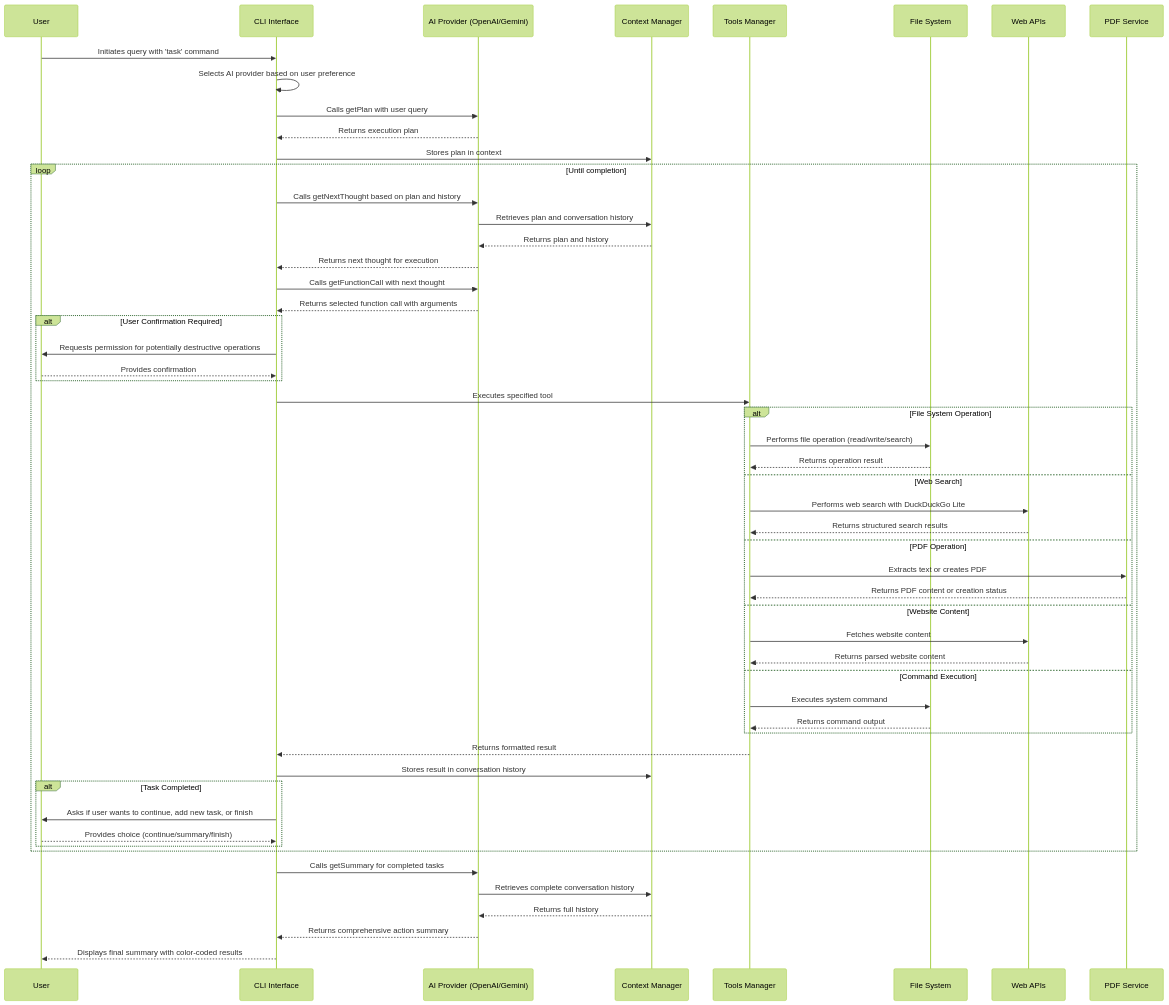
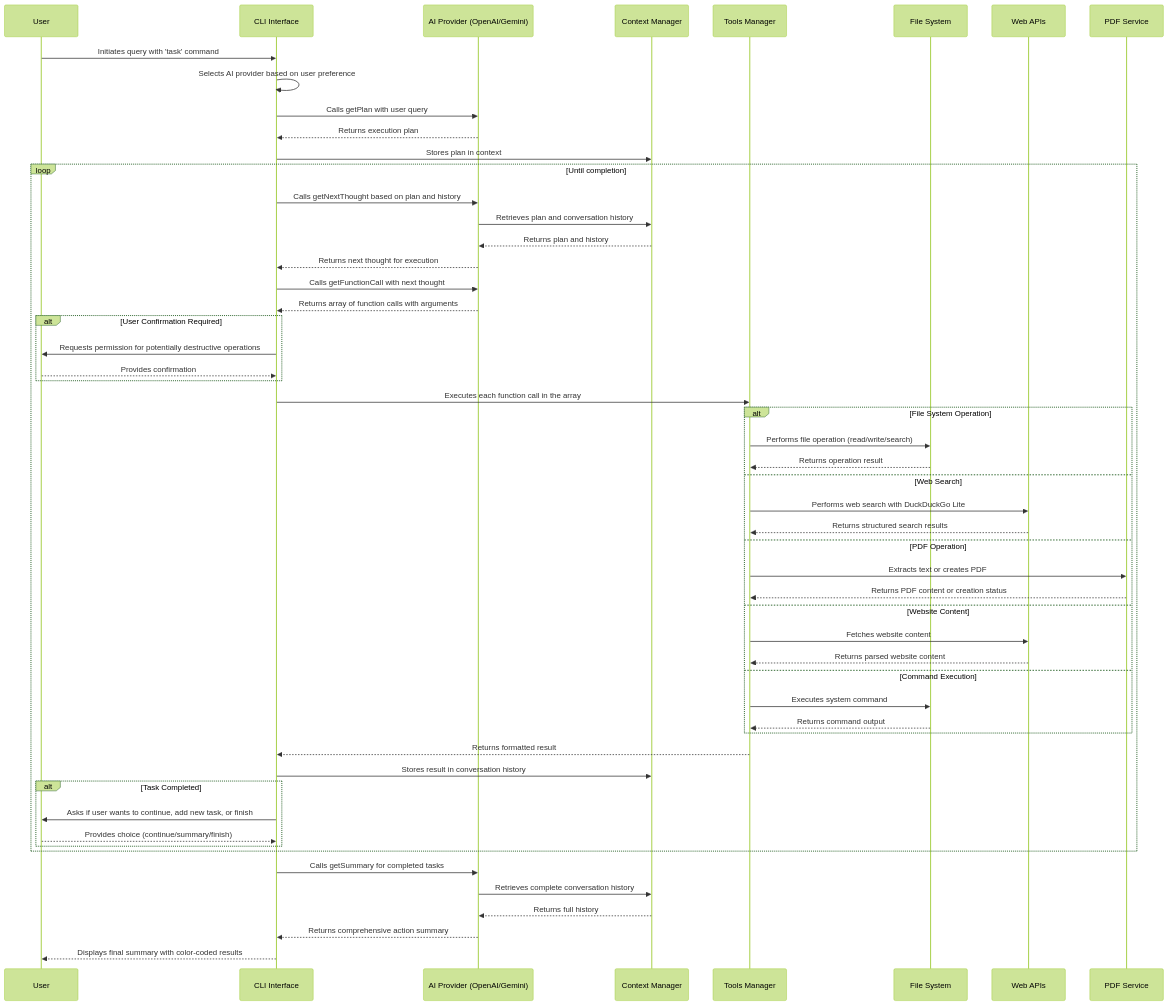
Before and after one commit to grinsteindavid/ai-agent-code-analyzer: the diagram in README.md, drawn with Mermaid (forest theme). The commit also changed other lines of this file, not shown here.

First line of the commit message:
Enhances AI Agent with parallel function call support

````diff
--- a/README.md
+++ b/README.md
@@ -205,65 +210,65 @@
 ```mermaid
 sequenceDiagram
     participant User
     participant CLI as CLI Interface
     participant Provider as AI Provider (OpenAI/Gemini)
     participant Context as Context Manager
     participant Tools as Tools Manager
     participant FileSystem as File System
     participant WebAPI as Web APIs
     participant PDFService as PDF Service
 
     User->>CLI: Initiates query with 'task' command
     CLI->>CLI: Selects AI provider based on user preference
     CLI->>Provider: Calls getPlan with user query
     Provider-->>CLI: Returns execution plan
     CLI->>Context: Stores plan in context
     
     loop Until completion
         CLI->>Provider: Calls getNextThought based on plan and history
         Provider->>Context: Retrieves plan and conversation history
         Context-->>Provider: Returns plan and history
         Provider-->>CLI: Returns next thought for execution
         
         CLI->>Provider: Calls getFunctionCall with next thought
-        Provider-->>CLI: Returns selected function call with arguments
+        Provider-->>CLI: Returns array of function calls with arguments
         
         alt User Confirmation Required
             CLI->>User: Requests permission for potentially destructive operations
             User-->>CLI: Provides confirmation
         end
         
-        CLI->>Tools: Executes specified tool
+        CLI->>Tools: Executes each function call in the array
         
         alt File System Operation
             Tools->>FileSystem: Performs file operation (read/write/search)
             FileSystem-->>Tools: Returns operation result
         else Web Search
             Tools->>WebAPI: Performs web search with DuckDuckGo Lite
             WebAPI-->>Tools: Returns structured search results
         else PDF Operation
             Tools->>PDFService: Extracts text or creates PDF
             PDFService-->>Tools: Returns PDF content or creation status
         else Website Content
             Tools->>WebAPI: Fetches website content
             WebAPI-->>Tools: Returns parsed website content
         else Command Execution
             Tools->>FileSystem: Executes system command
             FileSystem-->>Tools: Returns command output
         end
         
         Tools-->>CLI: Returns formatted result
         CLI->>Context: Stores result in conversation history
         
         alt Task Completed
             CLI->>User: Asks if user wants to continue, add new task, or finish
             User-->>CLI: Provides choice (continue/summary/finish)
         end
     end
     
     CLI->>Provider: Calls getSummary for completed tasks
     Provider->>Context: Retrieves complete conversation history
     Context-->>Provider: Returns full history
     Provider-->>CLI: Returns comprehensive action summary
     CLI-->>User: Displays final summary with color-coded results
 ```
````
